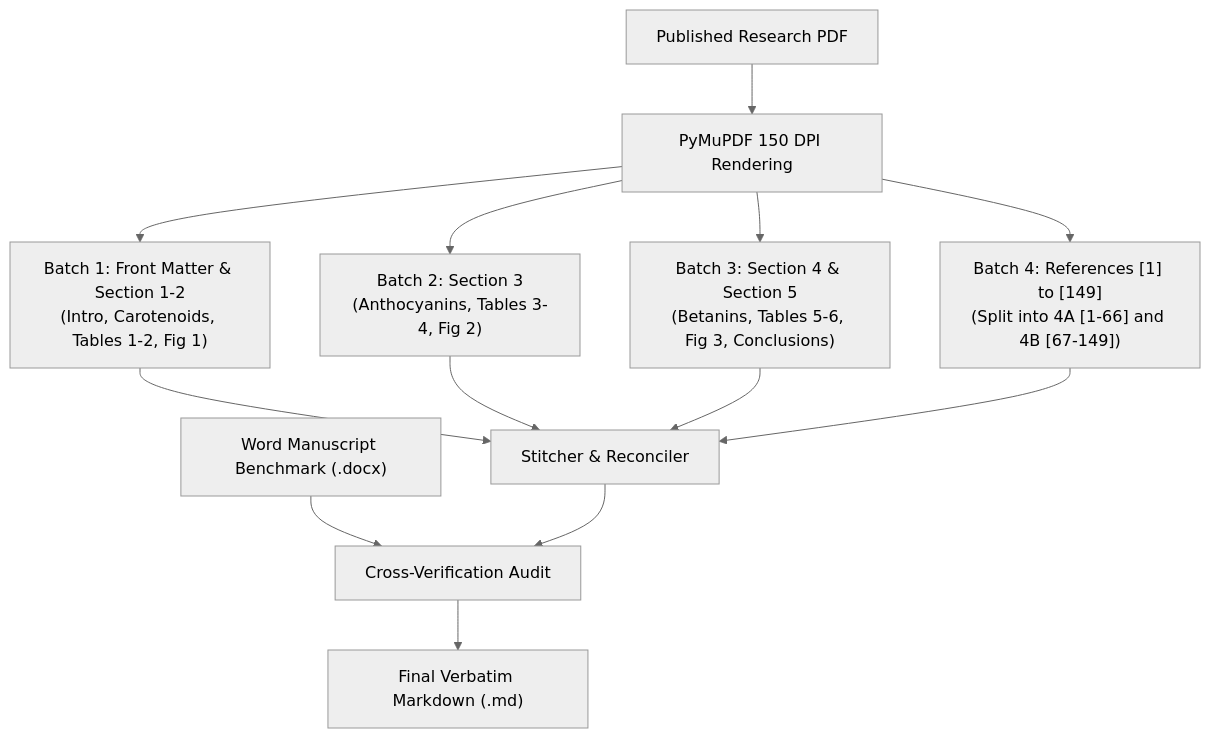
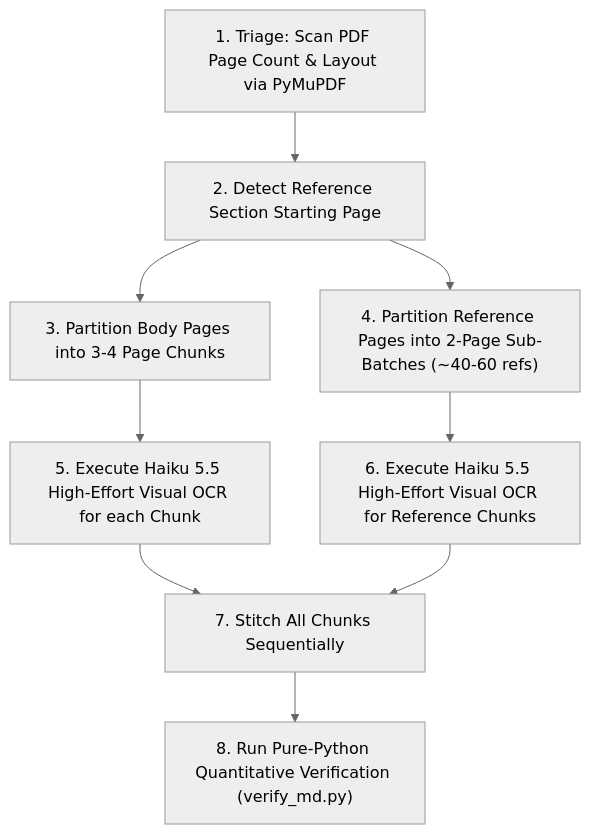
The diagram in SKILL.md (Ri5hiPrajapati/pdf-to-markdown-verbatim), drawn with Mermaid (neutral theme) before and after one commit. The commit also changed other lines of this file and 2 other files, not shown here.

Commit message:
Publish universal open-source agent template: dynamic batching, preventive measures for copyright/token starvation, and general academic PDF converter

````diff
--- a/SKILL.md
+++ b/SKILL.md
@@ -68,17 +85,11 @@
 ```mermaid
 flowchart TD
-    PDF["Published Research PDF"] --> PyMuPDF["PyMuPDF 150 DPI Rendering"]
-    PyMuPDF --> B1["Batch 1: Front Matter & Section 1-2<br>(Intro, Carotenoids, Tables 1-2, Fig 1)"]
-    PyMuPDF --> B2["Batch 2: Section 3<br>(Anthocyanins, Tables 3-4, Fig 2)"]
-    PyMuPDF --> B3["Batch 3: Section 4 & Section 5<br>(Betanins, Tables 5-6, Fig 3, Conclusions)"]
-    PyMuPDF --> B4["Batch 4: References [1] to [149]<br>(Split into 4A [1-66] and 4B [67-149])"]
-    
-    B1 --> Stitch["Stitcher & Reconciler"]
-    B2 --> Stitch
-    B3 --> Stitch
-    B4 --> Stitch
-    
-    DOCX["Word Manuscript Benchmark (.docx)"] --> Benchmark["Cross-Verification Audit"]
-    Stitch --> Benchmark
-    Benchmark --> MasterMD["Final Verbatim Markdown (.md)"]
+    Scan["1. Triage: Scan PDF Page Count & Layout via PyMuPDF"] --> Detect["2. Detect Reference Section Starting Page"]
+    Detect --> PartitionBody["3. Partition Body Pages into 3-4 Page Chunks"]
+    Detect --> PartitionRefs["4. Partition Reference Pages into 2-Page Sub-Batches (~40-60 refs)"]
+    PartitionBody --> ExecBody["5. Execute Haiku 5.5 High-Effort Visual OCR for each Chunk"]
+    PartitionRefs --> ExecRefs["6. Execute Haiku 5.5 High-Effort Visual OCR for Reference Chunks"]
+    ExecBody --> Stitch["7. Stitch All Chunks Sequentially"]
+    ExecRefs --> Stitch
+    Stitch --> Verify["8. Run Pure-Python Quantitative Verification (verify_md.py)"]
 ```
````
